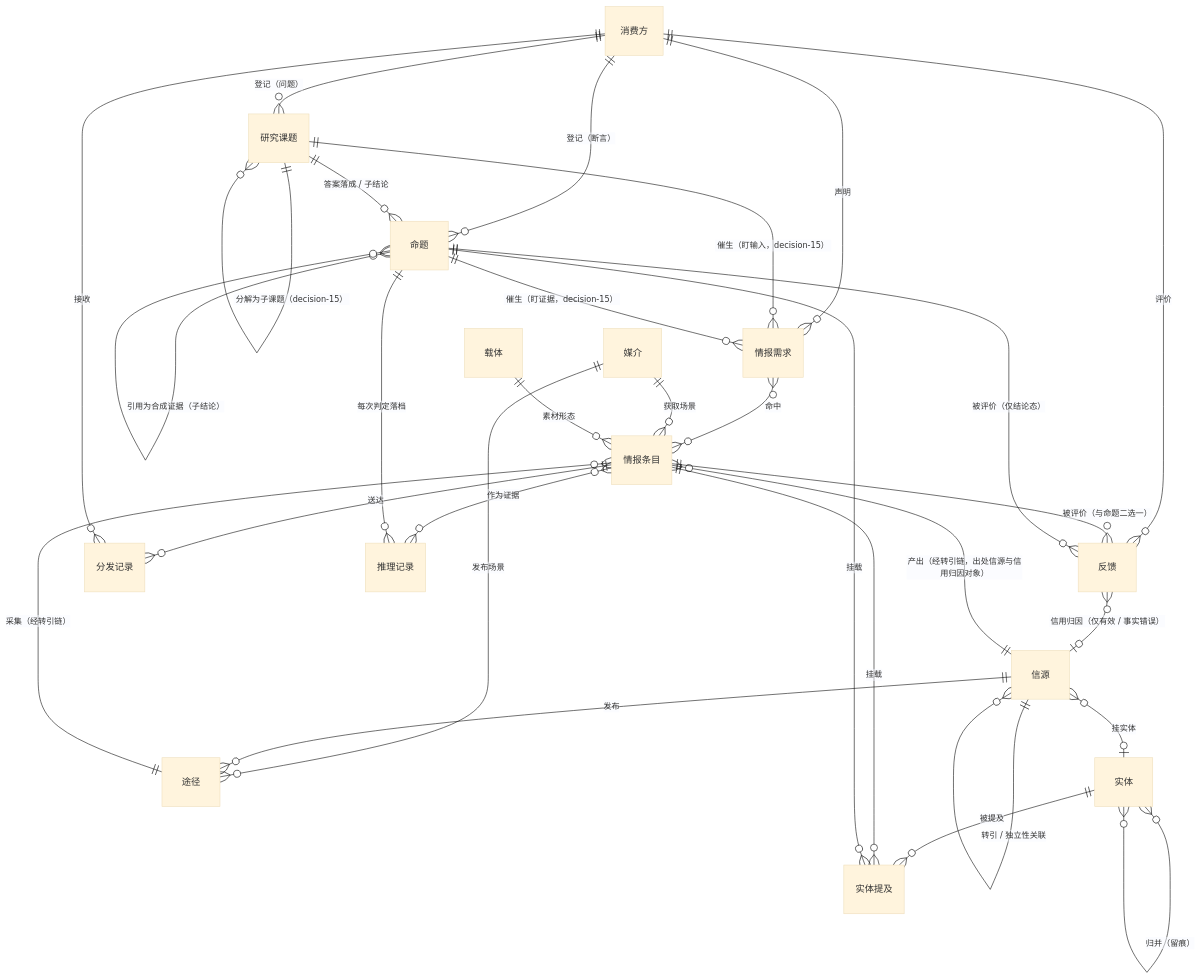
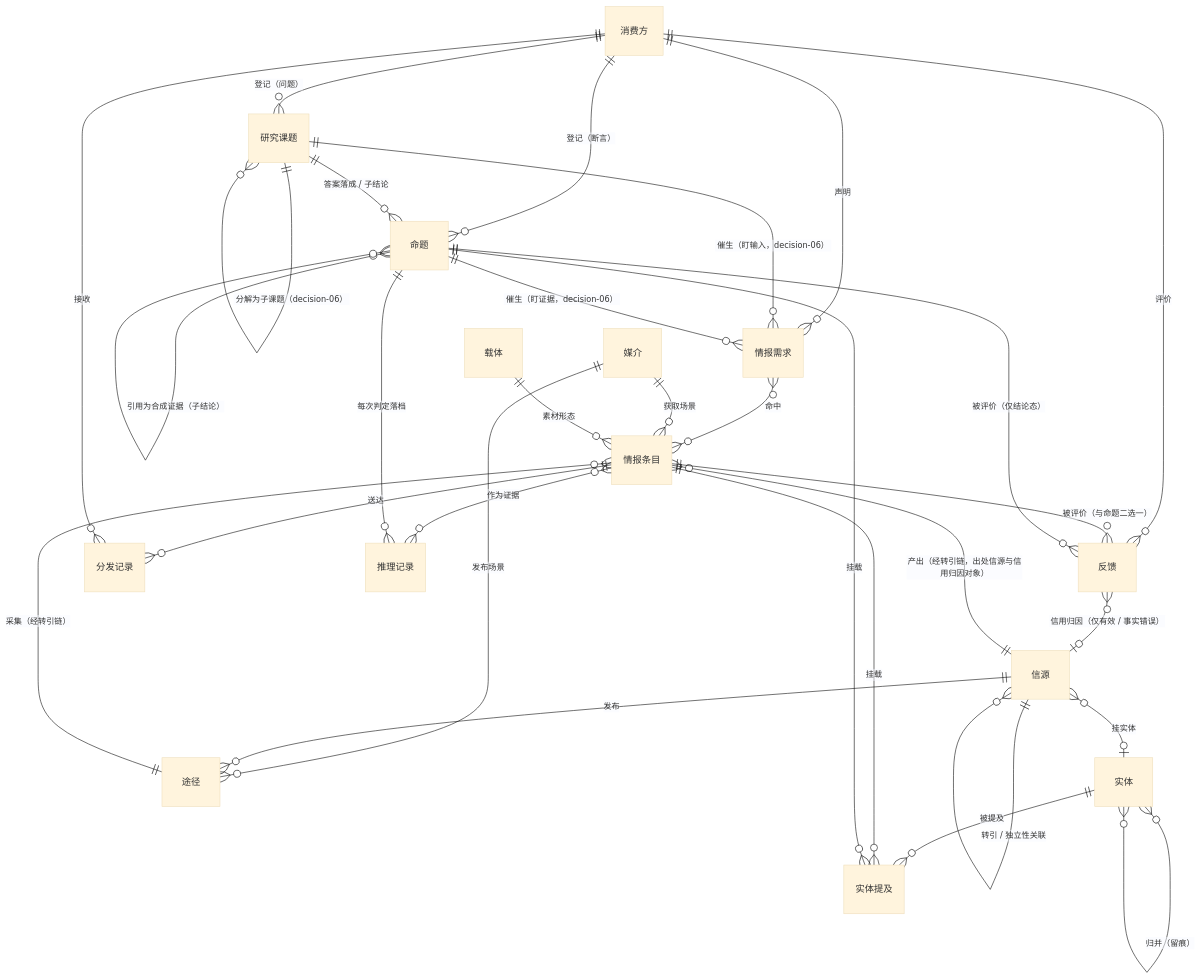
The third of 7 diagrams in backlog/docs/doc-02 - 领域模型-Domain-Model.md (leoricmaster/iih), drawn with Mermaid (base theme) before and after one commit. The commit also changed other lines of this file and 23 other files, not shown here.

````diff
--- a/backlog/docs/doc-02 - 领域模型-Domain-Model.md
+++ b/backlog/docs/doc-02 - 领域模型-Domain-Model.md
@@ -68,32 +68,32 @@
 ```mermaid
 erDiagram
     消费方 ||--o{ 情报需求 : "声明"
     消费方 ||--o{ 反馈 : "评价"
     消费方 ||--o{ 研究课题 : "登记（问题）"
     消费方 ||--o{ 命题 : "登记（断言）"
     研究课题 ||--o{ 命题 : "答案落成 / 子结论"
-    研究课题 ||--o{ 情报需求 : "催生（盯输入，decision-15）"
-    命题 ||--o{ 情报需求 : "催生（盯证据，decision-15）"
-    研究课题 ||--o{ 研究课题 : "分解为子课题（decision-15）"
+    研究课题 ||--o{ 情报需求 : "催生（盯输入，decision-06）"
+    命题 ||--o{ 情报需求 : "催生（盯证据，decision-06）"
+    研究课题 ||--o{ 研究课题 : "分解为子课题（decision-06）"
     命题 }o--o{ 命题 : "引用为合成证据（子结论）"
     情报需求 }o--o{ 情报条目 : "命中"
     媒介 ||--o{ 途径 : "发布场景"
     媒介 ||--o{ 情报条目 : "获取场景"
     载体 ||--o{ 情报条目 : "素材形态"
     信源 ||--o{ 途径 : "发布"
     途径 ||--o{ 情报条目 : "采集（经转引链）"
     信源 ||--o{ 情报条目 : "产出（经转引链，出处信源与信用归因对象）"
     信源 ||--o{ 信源 : "转引 / 独立性关联"
     信源 }o--o| 实体 : "挂实体"
     实体 ||--o{ 实体提及 : "被提及"
     情报条目 ||--o{ 实体提及 : "挂载"
     命题 ||--o{ 实体提及 : "挂载"
     实体 }o--o{ 实体 : "归并（留痕）"
     情报条目 ||--o{ 分发记录 : "送达"
     消费方 ||--o{ 分发记录 : "接收"
     情报条目 }o--o{ 推理记录 : "作为证据"
     命题 ||--o{ 推理记录 : "每次判定落档"
     情报条目 ||--o{ 反馈 : "被评价（与命题二选一）"
     命题 ||--o{ 反馈 : "被评价（仅结论态）"
     反馈 }o--o| 信源 : "信用归因（仅有效 / 事实错误）"
 ```
````
